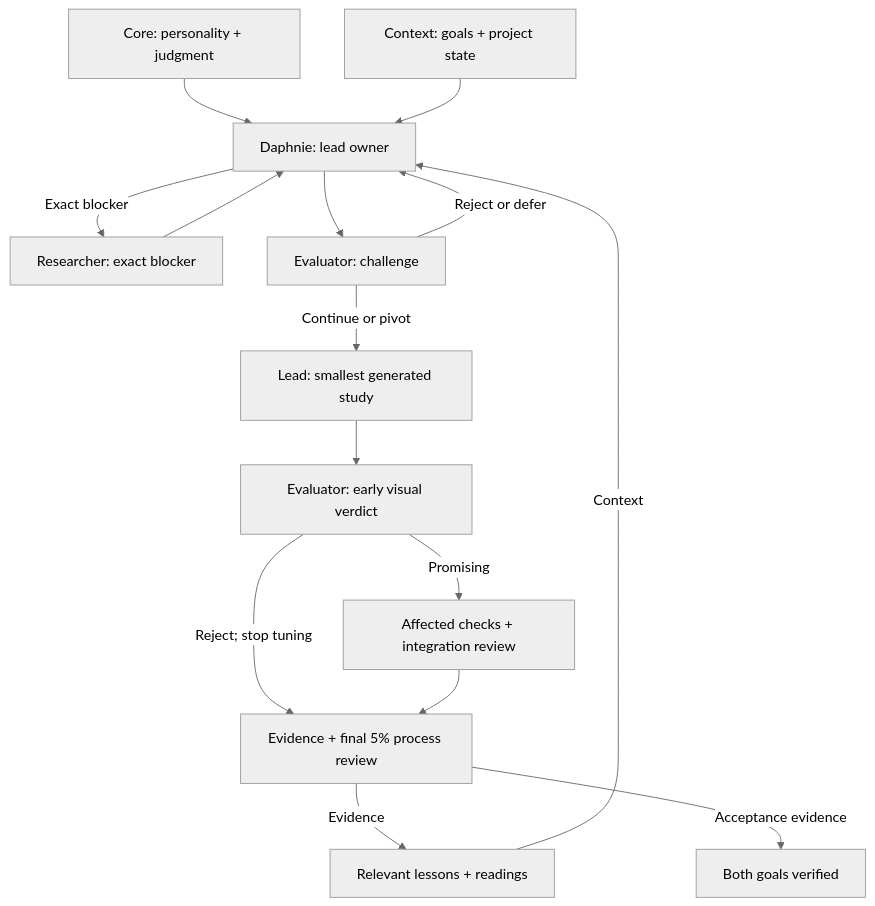
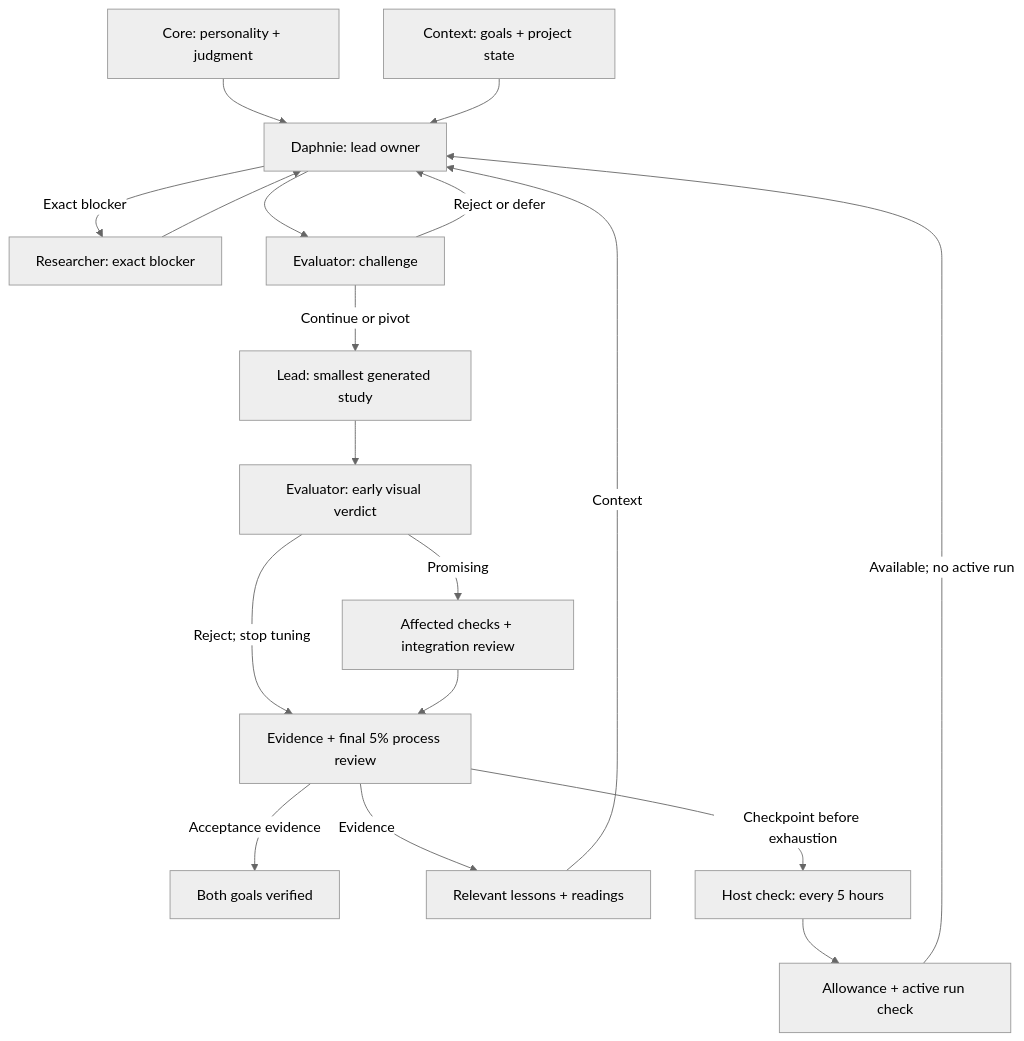
The diagram in README.md (akaiyol/the-great-wave-of-kanagawa), drawn with Mermaid (neutral theme) before and after one commit. The commit also changed other lines of this file and 8 other files, not shown here.

````diff
--- a/README.md
+++ b/README.md
@@ -18,28 +18,33 @@
 ```mermaid
 flowchart TD
   n_Core["Core: personality + judgment"]
   n_Goals["Context: goals + project state"]
   n_Lead["Daphnie: lead owner"]
   n_Research["Researcher: exact blocker"]
   n_Strategy["Evaluator: challenge"]
   n_Build["Lead: smallest generated study"]
   n_Visual["Evaluator: early visual verdict"]
   n_Process["Evidence + final 5% process review"]
   n_Integrity["Affected checks + integration review"]
   n_Result["Both goals verified"]
   n_Learning["Relevant lessons + readings"]
+  n_Runtime["Host check: every 5 hours"]
+  n_Checkpoint["Allowance + active run check"]
   n_Core --> n_Lead
   n_Goals --> n_Lead
   n_Lead -->|"Exact blocker"| n_Research
   n_Research --> n_Lead
   n_Lead --> n_Strategy
   n_Strategy -->|"Continue or pivot"| n_Build
   n_Strategy -->|"Reject or defer"| n_Lead
   n_Build --> n_Visual
   n_Process -->|"Evidence"| n_Learning
   n_Process -->|"Acceptance evidence"| n_Result
   n_Learning -->|"Context"| n_Lead
   n_Visual -->|"Promising"| n_Integrity
   n_Visual -->|"Reject; stop tuning"| n_Process
   n_Integrity --> n_Process
+  n_Runtime --> n_Checkpoint
+  n_Checkpoint -->|"Available; no active run"| n_Lead
+  n_Process -->|"Checkpoint before exhaustion"| n_Runtime
 ```
````
